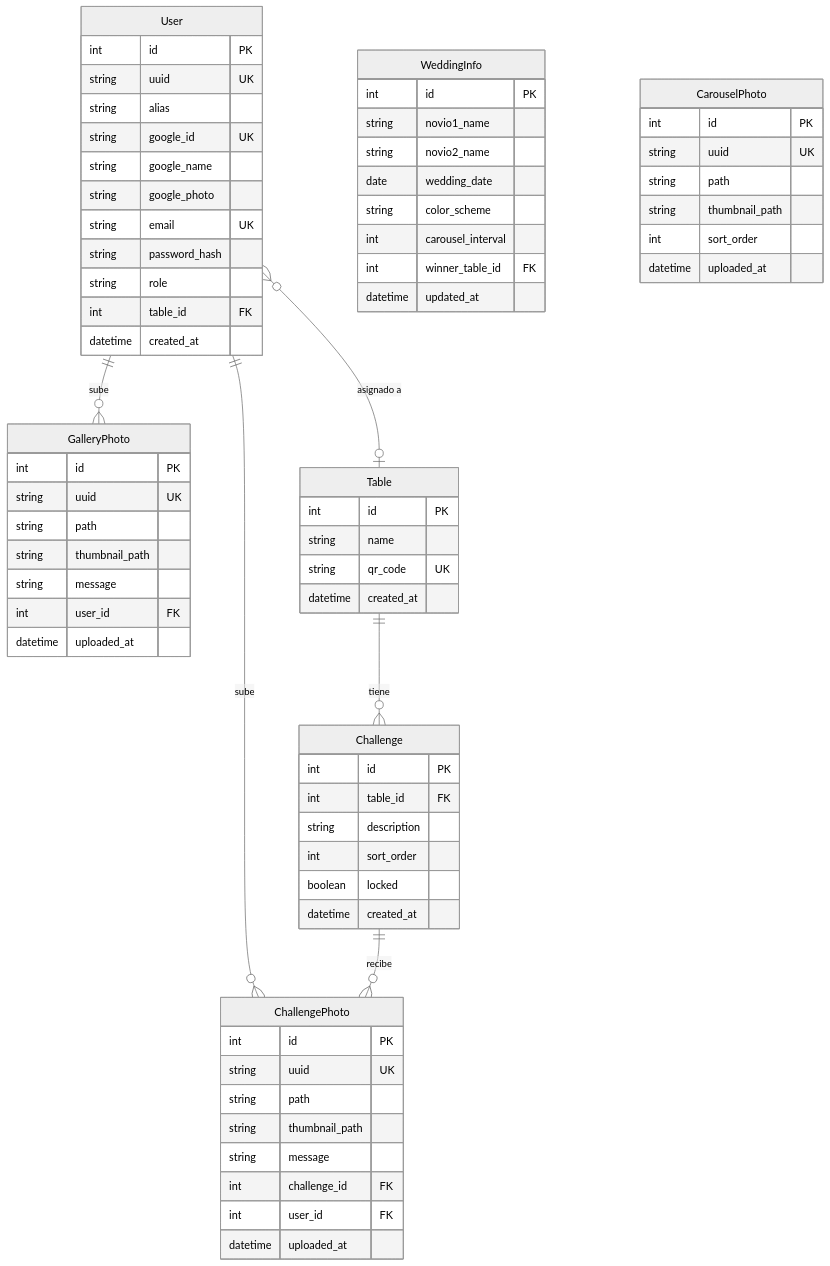
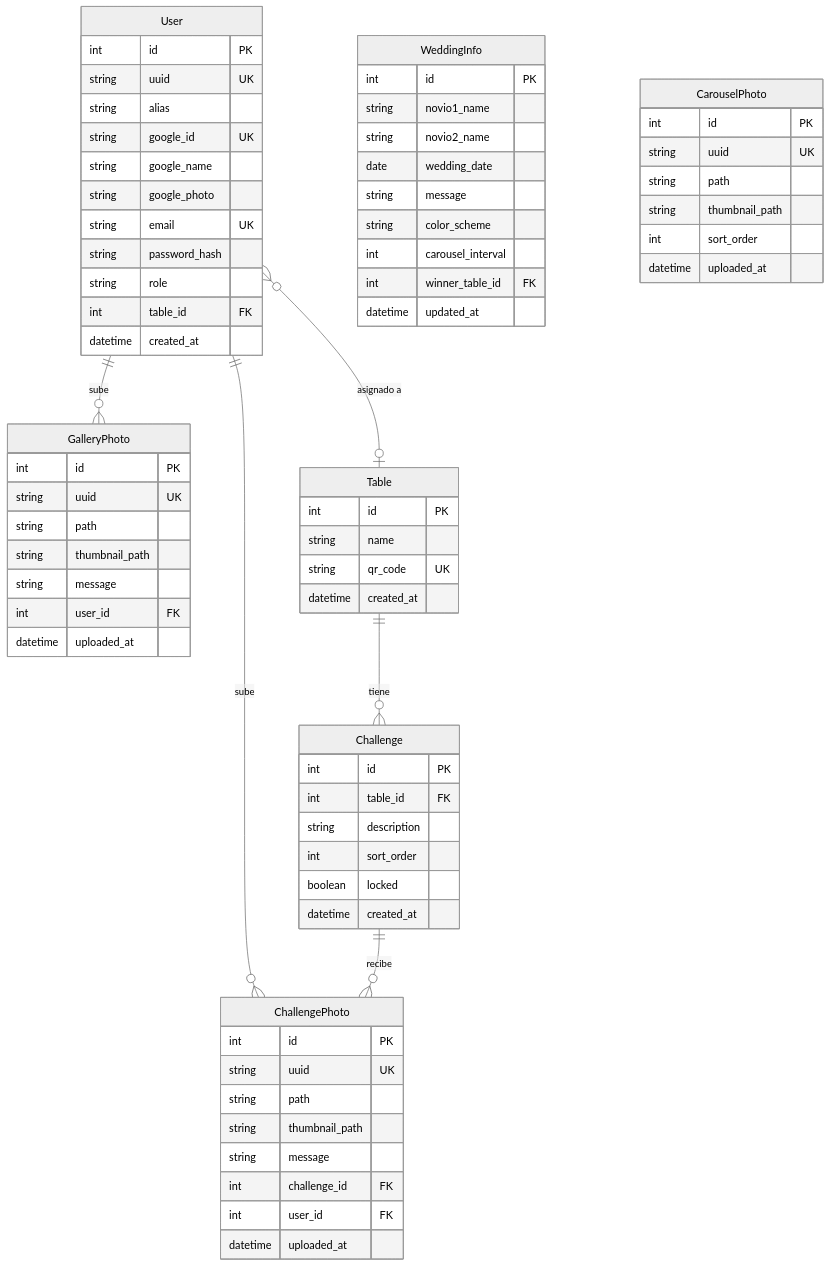
The third of 12 diagrams in README.md (juniornff/wedding-photo-manager), drawn with Mermaid (neutral theme) before and after one commit. The commit also changed other lines of this file and 3 other files, not shown here.

````diff
--- a/README.md
+++ b/README.md
@@ -101,79 +101,80 @@
 ```mermaid
 erDiagram
     User {
         int id PK
         string uuid UK
         string alias
         string google_id UK
         string google_name
         string google_photo
         string email UK
         string password_hash
         string role
         int table_id FK
         datetime created_at
     }
 
     WeddingInfo {
         int id PK
         string novio1_name
         string novio2_name
         date wedding_date
+        string message
         string color_scheme
         int carousel_interval
         int winner_table_id FK
         datetime updated_at
     }
 
     CarouselPhoto {
         int id PK
         string uuid UK
         string path
         string thumbnail_path
         int sort_order
         datetime uploaded_at
     }
 
     GalleryPhoto {
         int id PK
         string uuid UK
         string path
         string thumbnail_path
         string message
         int user_id FK
         datetime uploaded_at
     }
 
     Table {
         int id PK
         string name
         string qr_code UK
         datetime created_at
     }
 
     Challenge {
         int id PK
         int table_id FK
         string description
         int sort_order
         boolean locked
         datetime created_at
     }
 
     ChallengePhoto {
         int id PK
         string uuid UK
         string path
         string thumbnail_path
         string message
         int challenge_id FK
         int user_id FK
         datetime uploaded_at
     }
 
     User ||--o{ GalleryPhoto : "sube"
     User ||--o{ ChallengePhoto : "sube"
     User }o--o| Table : "asignado a"
     Table ||--o{ Challenge : "tiene"
     Challenge ||--o{ ChallengePhoto : "recibe"
 ```
````
